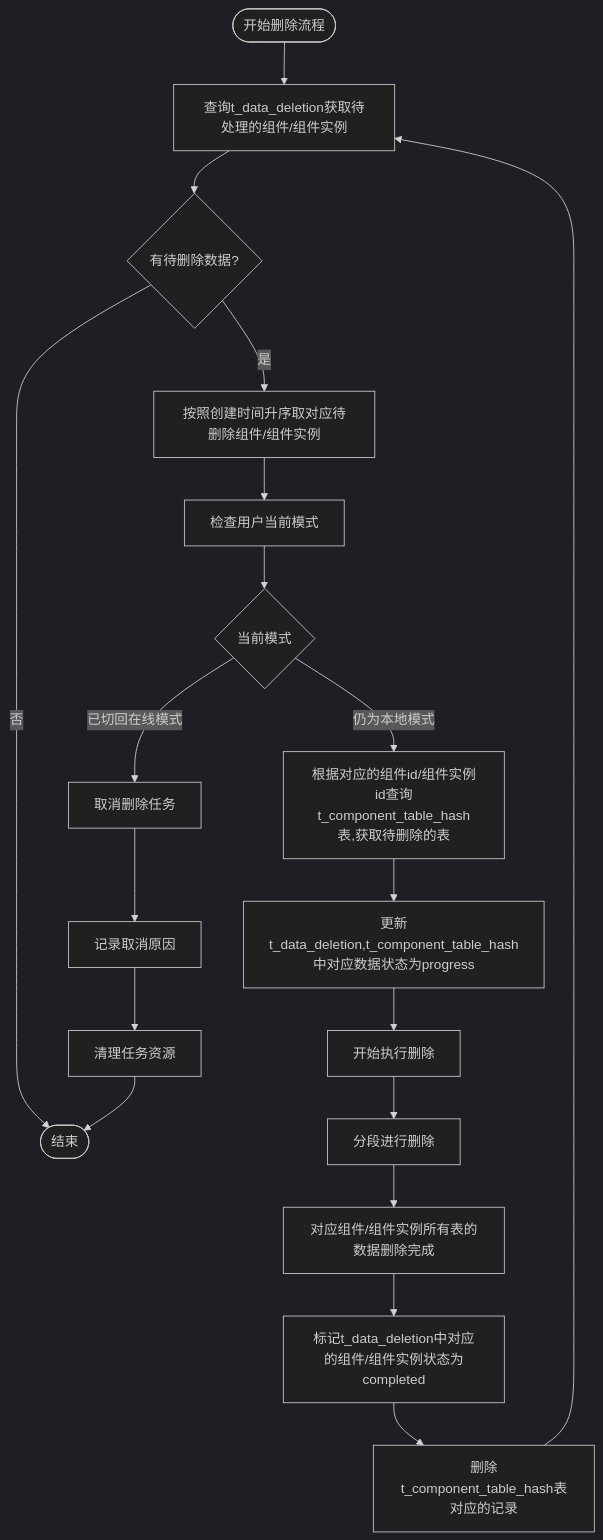
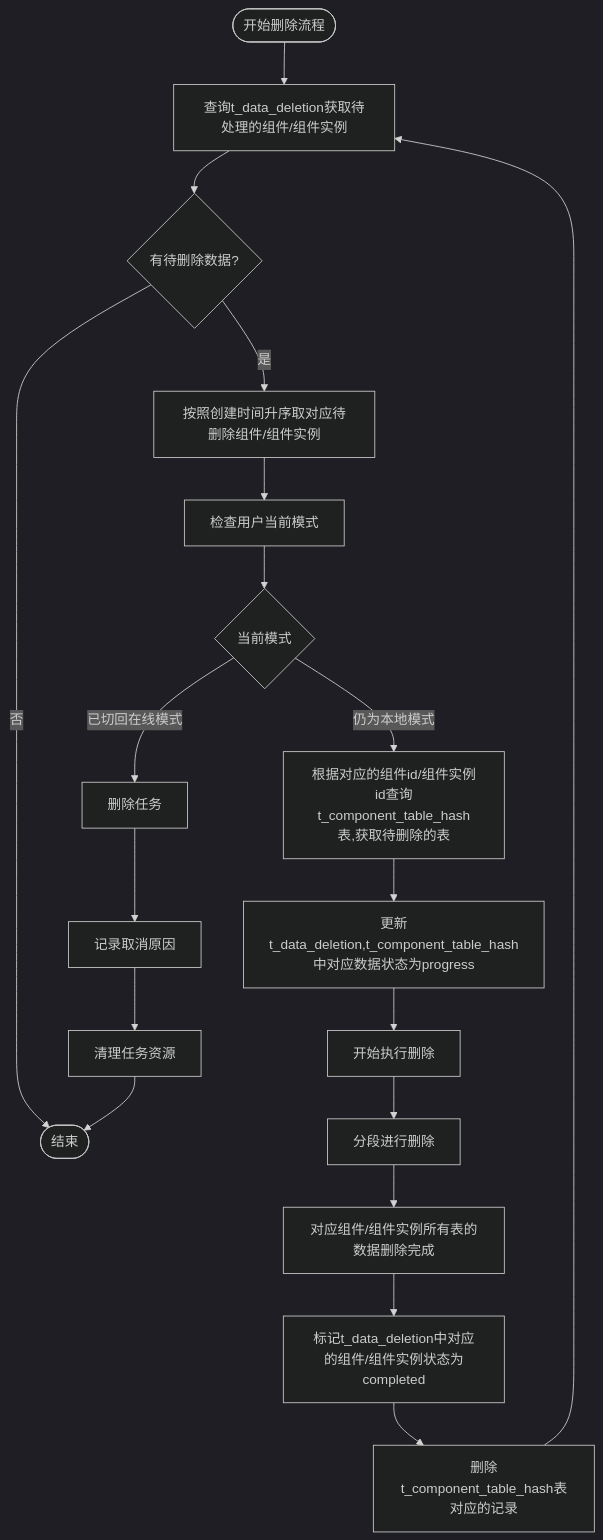
The diagram in all/未命名-51.md (yingjianzh/iodraw-files), drawn with Mermaid (dark theme) before and after one commit.

Commit message:
2025-05-08 15:50:47 update

````diff
--- a/all/未命名-51.md
+++ b/all/未命名-51.md
@@ -1,30 +1,30 @@
 ```mermaid
 flowchart TD
     Start([开始删除流程]) --> FetchTasks[查询t_data_deletion获取待处理的组件/组件实例]
     FetchTasks --> HasTasks{有待删除数据?}
     
     HasTasks -->|否| End([结束])
     HasTasks -->|是| PrioritizeTasks[按照创建时间升序取对应待删除组件/组件实例]
     
     PrioritizeTasks --> CheckUserMode[检查用户当前模式]
     
     CheckUserMode --> CurrentMode{当前模式}
-    CurrentMode -->|已切回在线模式| TaskCancel[取消删除任务]
+    CurrentMode -->|已切回在线模式| TaskCancel[删除任务]
     CurrentMode -->|仍为本地模式| LockTask[根据对应的组件id/组件实例id查询t_component_table_hash表,获取待删除的表]
     
     LockTask --> UpdateStatus[更新t_data_deletion,t_component_table_hash中对应数据状态为progress]
     UpdateStatus --> BeginDeletion[开始执行删除]
     
     BeginDeletion --> A[分段进行删除]
     
     A --> B[对应组件/组件实例所有表的数据删除完成]
     B --> MarkCompleted[标记t_data_deletion中对应的组件/组件实例状态为completed]
     
     MarkCompleted --> MarkHash[删除t_component_table_hash表对应的记录]
     
     TaskCancel --> LogCancellation[记录取消原因]
     LogCancellation --> CleanupTask[清理任务资源]
     
     MarkHash --> FetchTasks
     CleanupTask --> End
 ```
````
